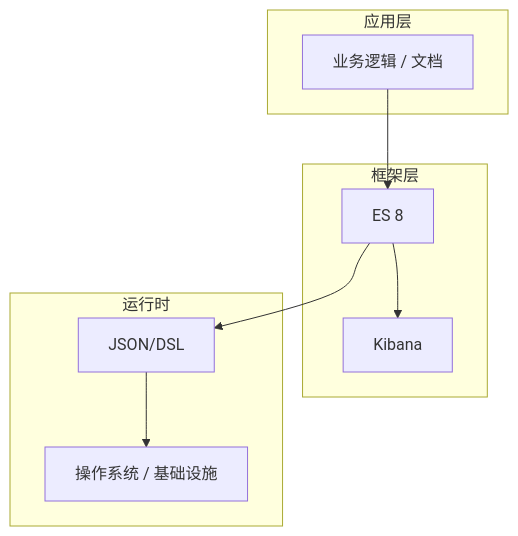
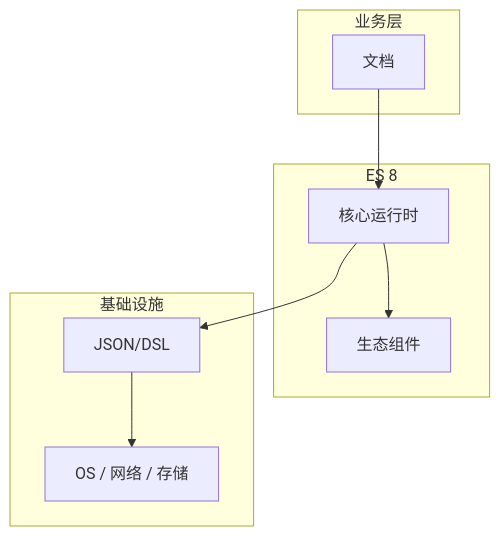
The diagram in articles/Elasticsearch/chapters/022-文档核心概念与原理.md (yanggan2015/knowledge-json-v2), drawn with Mermaid before and after one commit. The commit also changed other lines of this file and 10127 other files, not shown here.

````diff
--- a/articles/Elasticsearch/chapters/022-文档核心概念与原理.md
+++ b/articles/Elasticsearch/chapters/022-文档核心概念与原理.md
@@ -45,18 +34,18 @@
 ```mermaid
 graph TB
-    subgraph 应用层
-        A[业务逻辑 / 文档]
+    subgraph 业务层
+        A[文档]
     end
-    subgraph 框架层
-        B[ES 8]
-        C[Kibana]
+    subgraph ES 8
+        B[核心运行时]
+        C[生态组件]
     end
-    subgraph 运行时
+    subgraph 基础设施
         D[JSON/DSL]
-        E[操作系统 / 基础设施]
+        E[OS / 网络 / 存储]
     end
     A --> B
     B --> C
     B --> D
     D --> E
 ```
````
